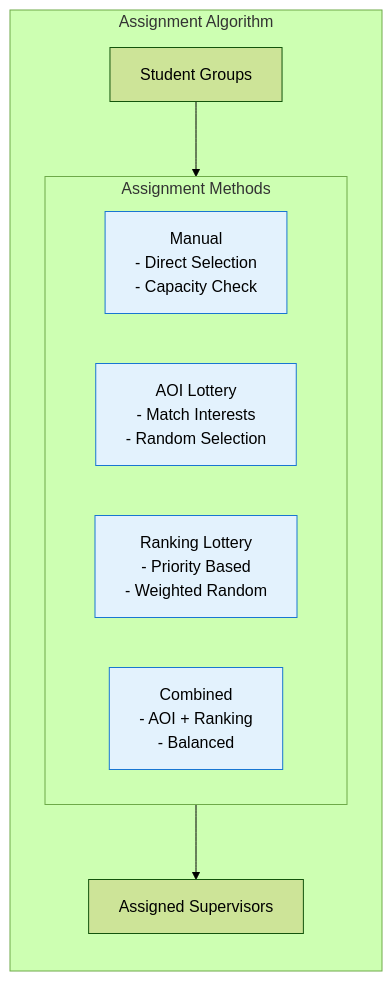
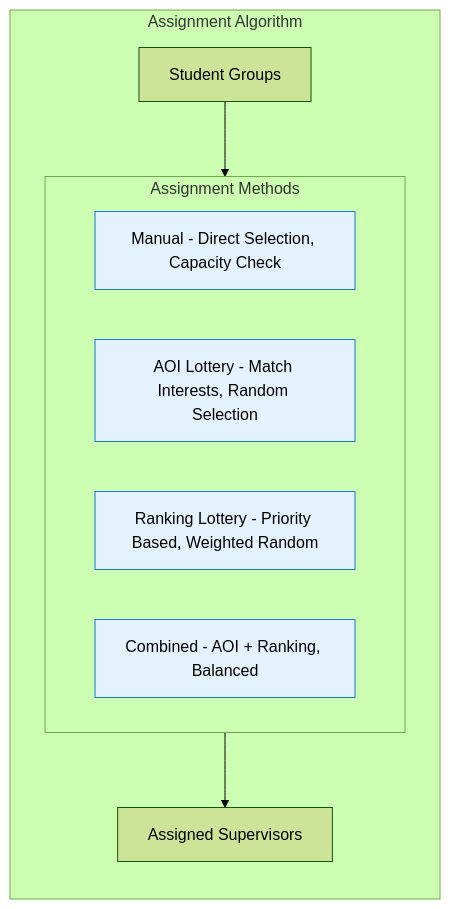
Before and after one commit to abdullah2323442/thesisrepo-backup: the fifth of 5 diagrams in documentation/roles/Advisor-use-case-diagram.md, drawn with Mermaid (forest theme). The commit also changed other lines of this file and 5 other files, not shown here.

Commit message:
refactor(use-case-diagrams): Enhance readability of use case diagrams by simplifying text formatting across multiple roles

````diff
--- a/documentation/roles/Advisor-use-case-diagram.md
+++ b/documentation/roles/Advisor-use-case-diagram.md
@@ -279,22 +279,22 @@
 ```mermaid
 graph LR
     subgraph Algorithm["Assignment Algorithm"]
         Input[Student Groups]
         
         subgraph Methods["Assignment Methods"]
-            Manual[Manual<br/>- Direct Selection<br/>- Capacity Check]
-            AOI[AOI Lottery<br/>- Match Interests<br/>- Random Selection]
-            Ranking[Ranking Lottery<br/>- Priority Based<br/>- Weighted Random]
-            Combined[Combined<br/>- AOI + Ranking<br/>- Balanced]
+            Manual["Manual - Direct Selection, Capacity Check"]
+            AOI["AOI Lottery - Match Interests, Random Selection"]
+            Ranking["Ranking Lottery - Priority Based, Weighted Random"]
+            Combined["Combined - AOI + Ranking, Balanced"]
         end
         
         Output[Assigned Supervisors]
         
         Input --> Methods
         Methods --> Output
     end
     
     %% Styling
     classDef method fill:#e3f2fd,stroke:#1976d2,stroke-width:1px
     class Manual,AOI,Ranking,Combined method
 ```
````
